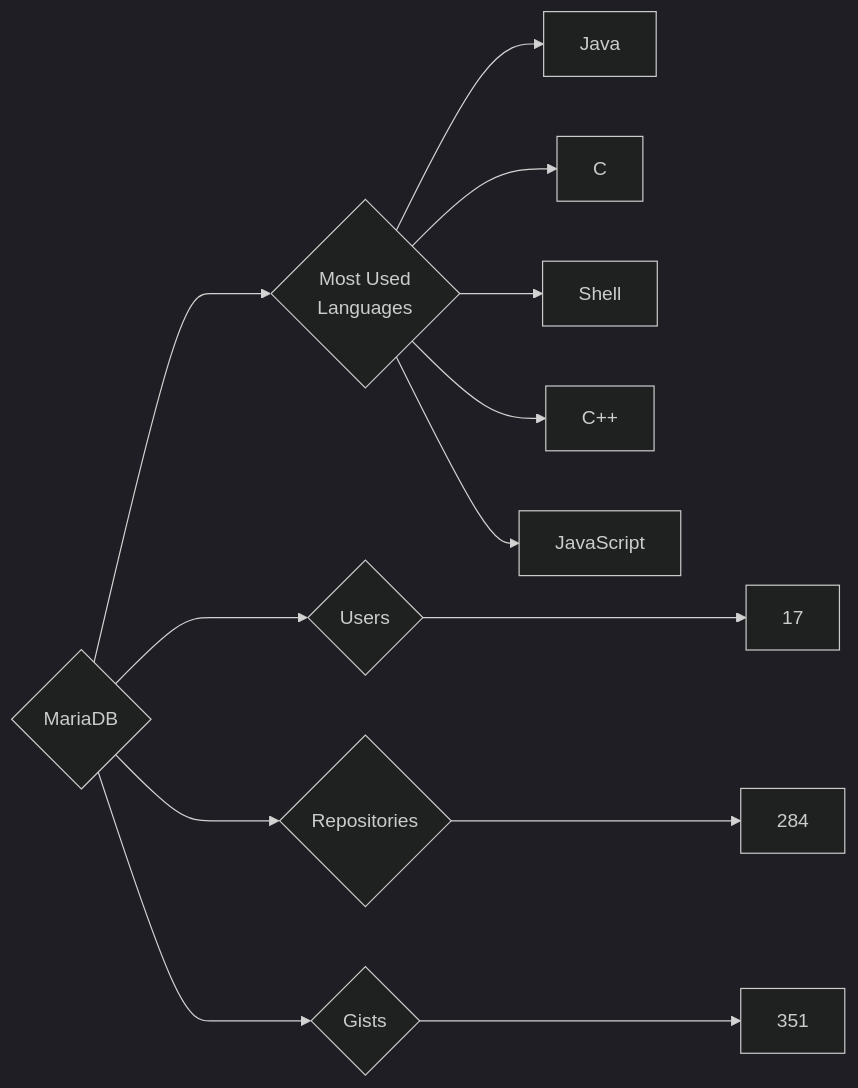
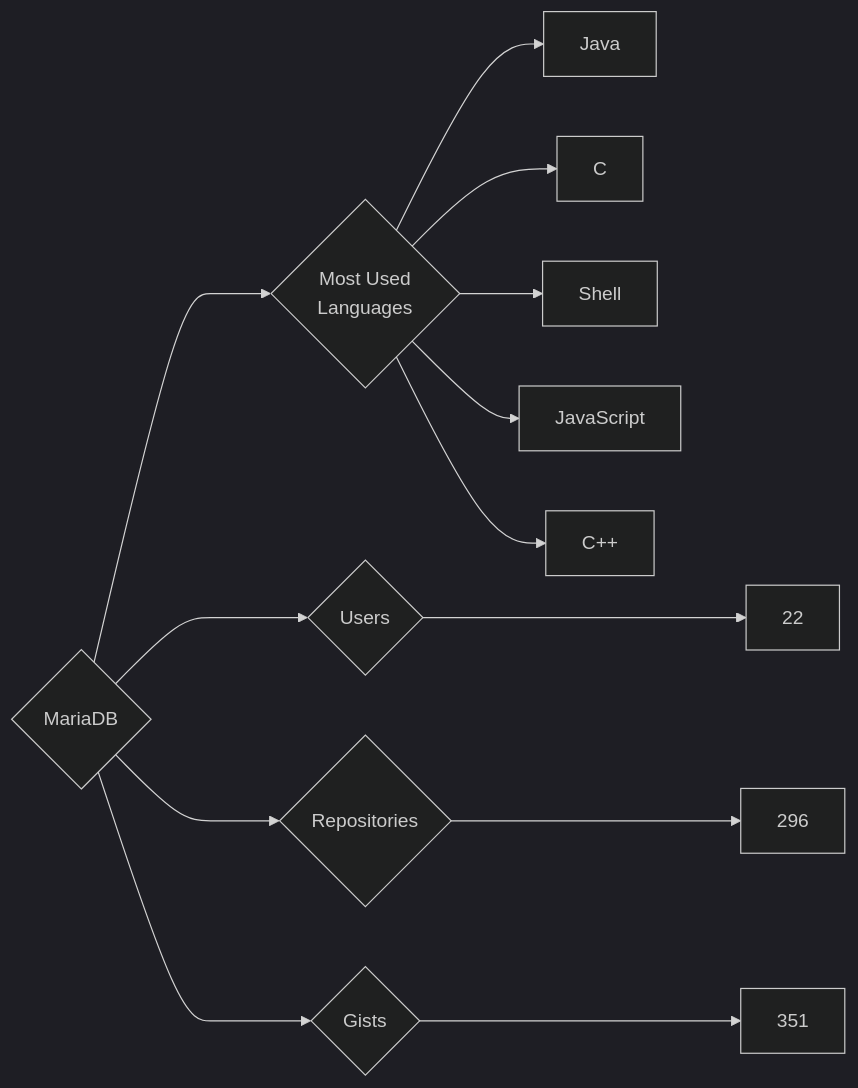
The diagram in targets/MariaDB/README.md (trickest/insiders), drawn with Mermaid (dark theme) before and after one commit. The commit also changed 916 other files, not shown here.

````diff
--- a/targets/MariaDB/README.md
+++ b/targets/MariaDB/README.md
@@ -3,13 +3,13 @@
 ```mermaid
 graph LR
 COMPANY_NAME{MariaDB}
-COMPANY_NAME ---> U{Users} ---> UN[17]
-COMPANY_NAME ---> R{Repositories} ---> RN[284]
+COMPANY_NAME ---> U{Users} ---> UN[22]
+COMPANY_NAME ---> R{Repositories} ---> RN[296]
 COMPANY_NAME ---> G{Gists} ---> GN[351]
 COMPANY_NAME ---> ML{Most Used<br>Languages}
 ML --> Java[Java]
 ML --> C[C]
 ML --> Shell[Shell]
+ML --> JavaScript[JavaScript]
 ML --> C++[C++]
-ML --> JavaScript[JavaScript]
 ```
````
